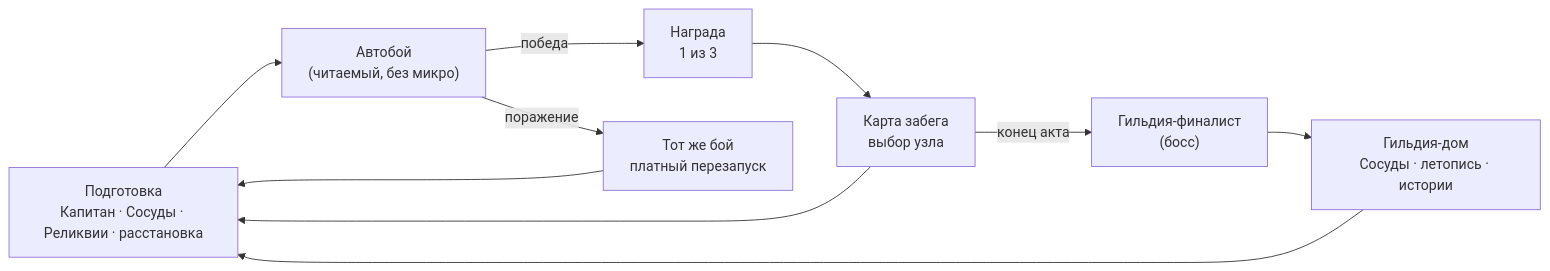
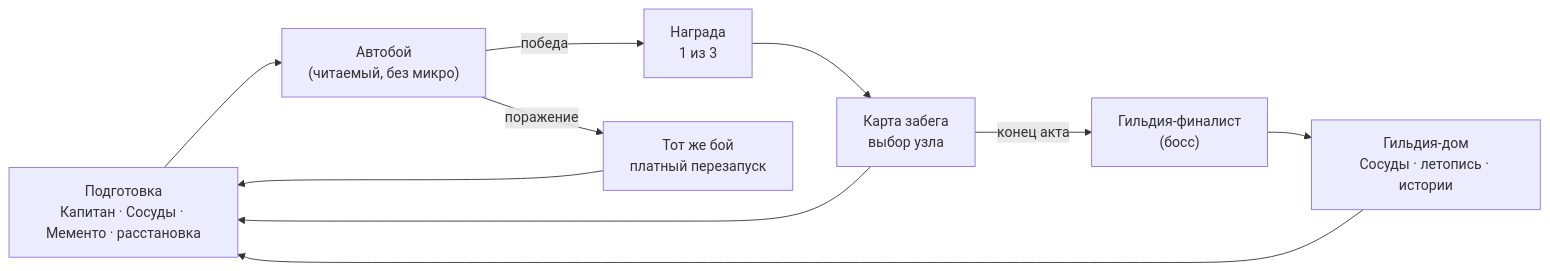
The diagram in docs/wiki/gdd/10-vision/vision.md (Kaliguri/Guildmaster-Autobattler), drawn with Mermaid before and after one commit. The commit also changed other lines of this file and 96 other files, not shown here.

````diff
--- a/docs/wiki/gdd/10-vision/vision.md
+++ b/docs/wiki/gdd/10-vision/vision.md
@@ -40,12 +40,12 @@
 ```mermaid
 flowchart LR
-  Prep["Подготовка<br/>Капитан · Сосуды · Реликвии · расстановка"] --> Battle["Автобой<br/>(читаемый, без микро)"]
+  Prep["Подготовка<br/>Капитан · Сосуды · Мементо · расстановка"] --> Battle["Автобой<br/>(читаемый, без микро)"]
   Battle -->|победа| Reward["Награда<br/>1 из 3"]
   Battle -->|поражение| Restart["Тот же бой<br/>платный перезапуск"]
   Reward --> Map["Карта забега<br/>выбор узла"]
   Map --> Prep
   Restart --> Prep
   Map -->|конец акта| Boss["Гильдия-финалист<br/>(босс)"]
   Boss --> Guild["Гильдия-дом<br/>Сосуды · летопись · истории"]
   Guild --> Prep
 ```
````
